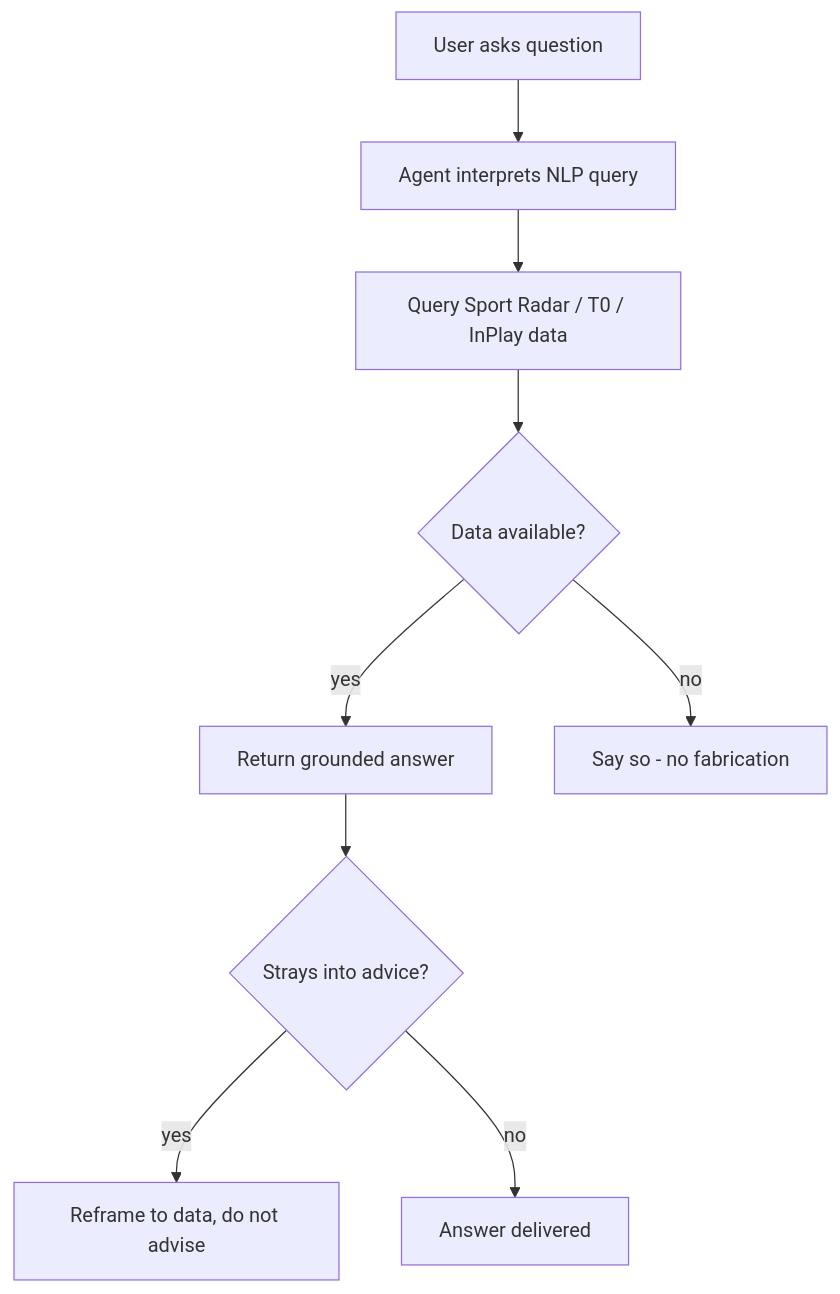
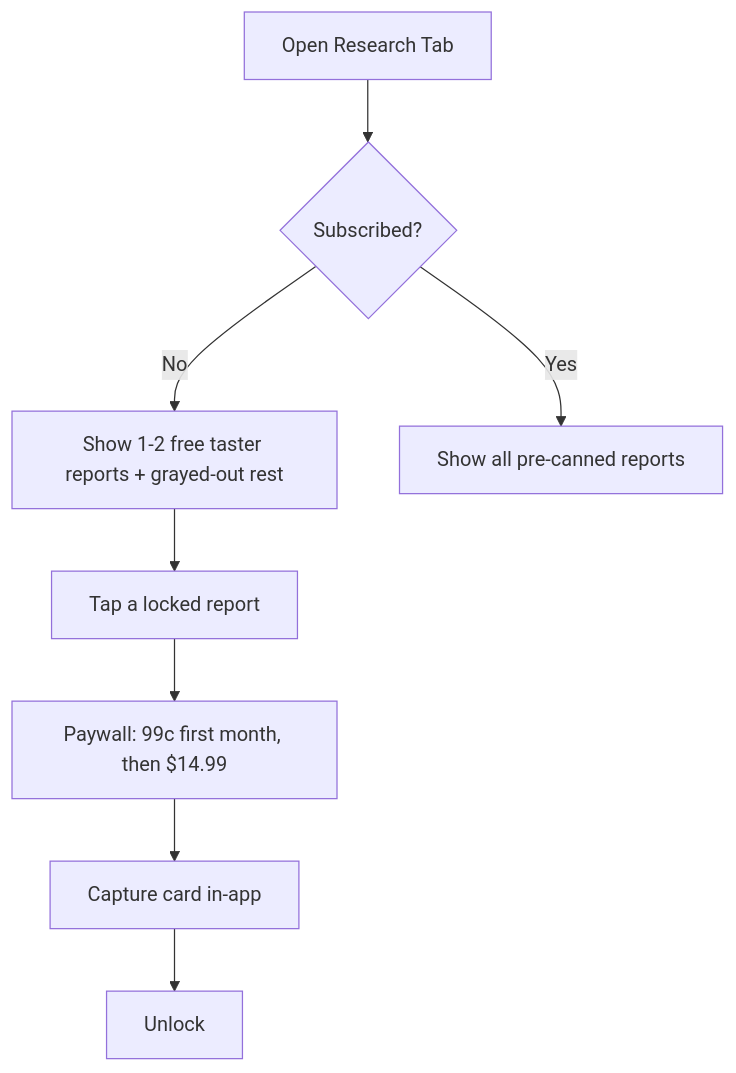
Before and after one commit to Novosapien/inplay-vault: the first of 3 diagrams in vault/components/information-layer/sub-components/research-tab/research-tab.md, drawn with Mermaid. The commit also changed other lines of this file and 12 other files, not shown here.

First line of the commit message:
Process 18-29 June meetings: Research Tab extraction + touchdown sweep

````diff
--- a/vault/components/information-layer/sub-components/research-tab/research-tab.md
+++ b/vault/components/information-layer/sub-components/research-tab/research-tab.md
@@ -79,11 +98,8 @@
 ```mermaid
 graph TD
-    A[User asks question] --> B[Agent interprets NLP query]
-    B --> C[Query Sport Radar / T0 / InPlay data]
-    C --> D{Data available?}
-    D -->|yes| E[Return grounded answer]
-    D -->|no| F[Say so - no fabrication]
-    E --> G{Strays into advice?}
-    G -->|yes| H[Reframe to data, do not advise]
-    G -->|no| I[Answer delivered]
+    A[Open Research Tab] --> B{Subscribed?}
+    B -->|No| C[Show 1-2 free taster reports + grayed-out rest]
+    C --> D[Tap a locked report] --> E[Paywall: 99c first month, then $14.99]
+    E --> F[Capture card in-app] --> G[Unlock]
+    B -->|Yes| H[Show all pre-canned reports]
 ```
````
